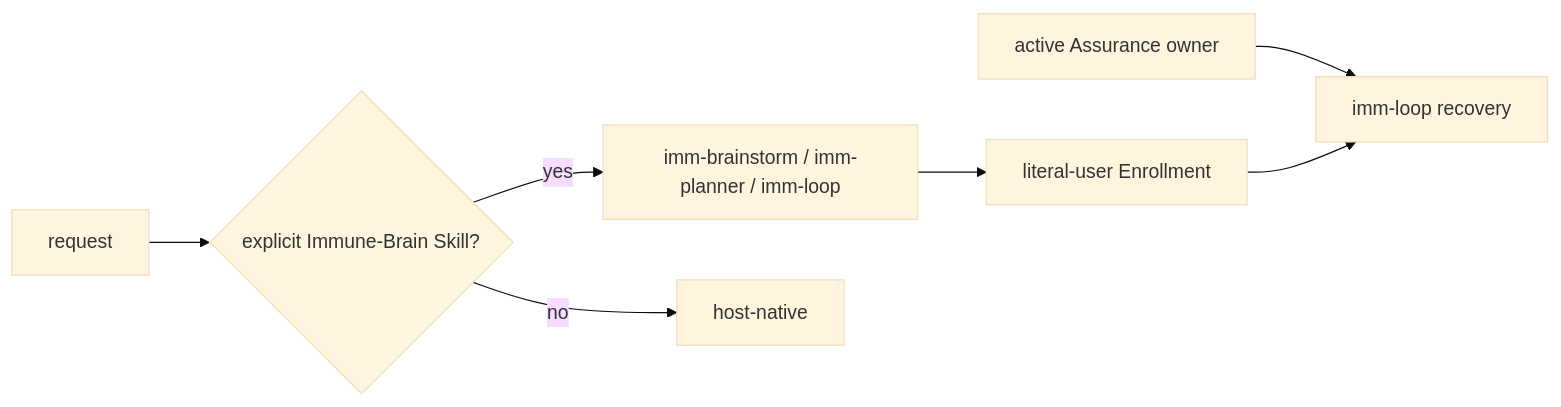
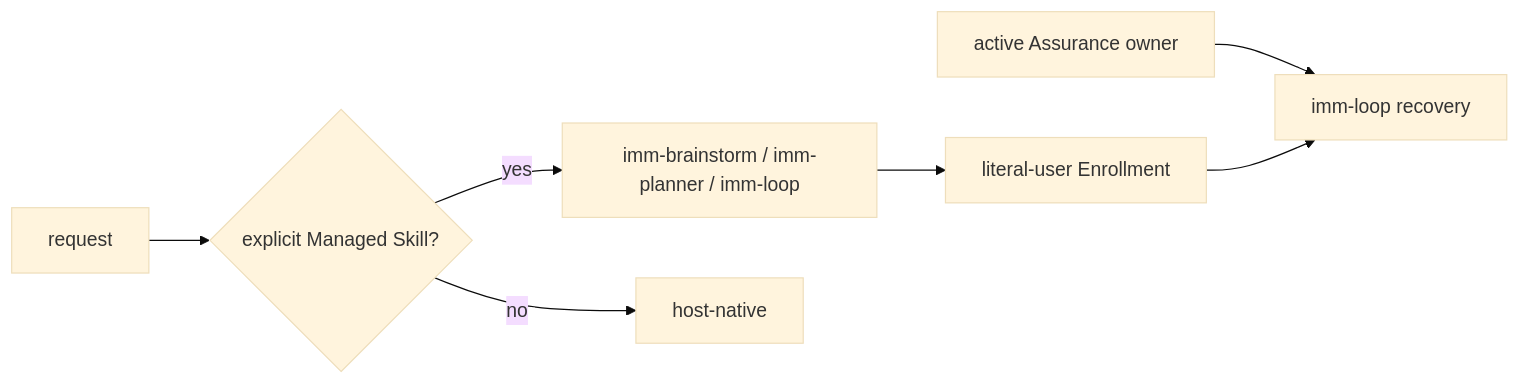
Before and after one commit to dereknex/immune-brain: the first of 2 diagrams in plugins/immune-brain/README.md, drawn with Mermaid (base theme). The commit also changed other lines of this file and 17 other files, not shown here.

````diff
--- a/plugins/immune-brain/README.md
+++ b/plugins/immune-brain/README.md
@@ -30,9 +33,9 @@
 ```mermaid
 flowchart LR
-  request[request] --> explicit{explicit Immune-Brain Skill?}
+  request[request] --> explicit{explicit Managed Skill?}
   explicit -->|yes| skill[imm-brainstorm / imm-planner / imm-loop]
   explicit -->|no| host[host-native]
   owner[active Assurance owner] --> loop[imm-loop recovery]
   skill --> enroll[literal-user Enrollment]
   enroll --> loop
 ```
````
